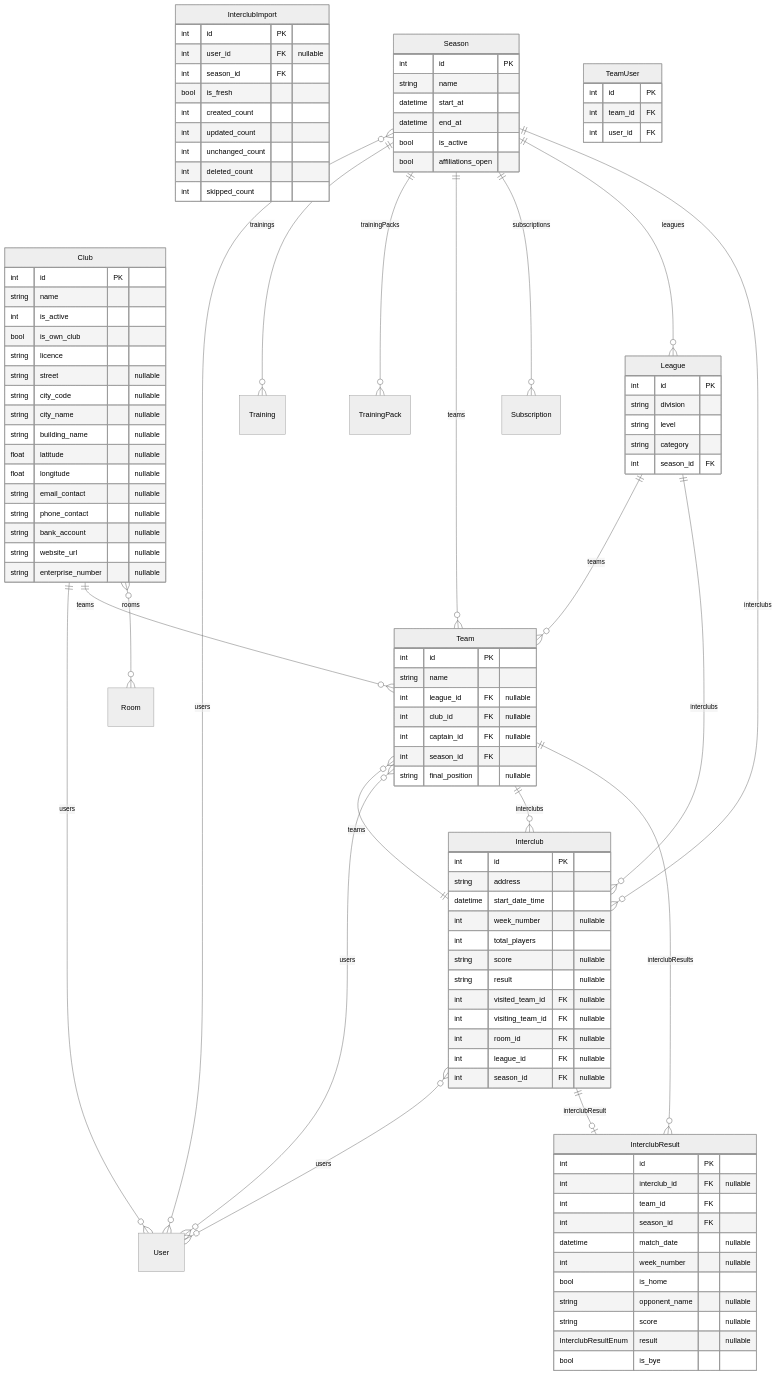
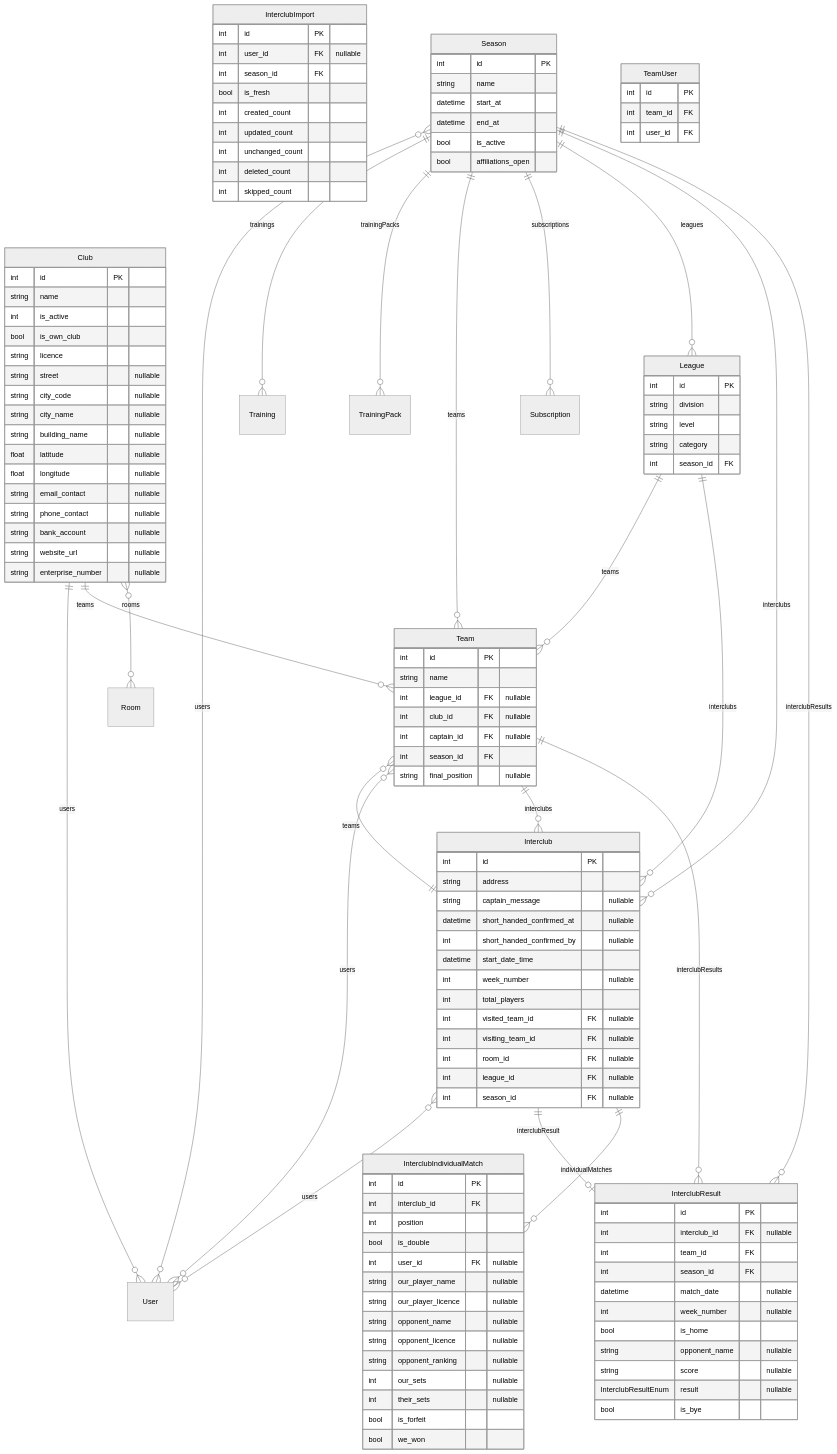
Before and after one commit to Paupoo/tabletennisclub-app: the diagram in docs/erd/competitions-interclub.md, drawn with Mermaid (neutral theme). The commit also changed 34 other files, not shown here.

First line of the commit message:
feat(interclubs): let a captain declare the team will play one player short

```diff
--- a/docs/erd/competitions-interclub.md
+++ b/docs/erd/competitions-interclub.md
@@ -23,11 +23,12 @@
     Interclub {
         int id PK
         string address
+        string captain_message "nullable"
+        datetime short_handed_confirmed_at "nullable"
+        int short_handed_confirmed_by "nullable"
         datetime start_date_time
         int week_number "nullable"
         int total_players
-        string score "nullable"
-        string result "nullable"
         int visited_team_id FK "nullable"
         int visiting_team_id FK "nullable"
         int room_id FK "nullable"
@@ -44,6 +45,22 @@
         int unchanged_count
         int deleted_count
         int skipped_count
+    }
+    InterclubIndividualMatch {
+        int id PK
+        int interclub_id FK
+        int position
+        bool is_double
+        int user_id FK "nullable"
+        string our_player_name "nullable"
+        string our_player_licence "nullable"
+        string opponent_name "nullable"
+        string opponent_licence "nullable"
+        string opponent_ranking "nullable"
+        int our_sets "nullable"
+        int their_sets "nullable"
+        bool is_forfeit
+        bool we_won
     }
     InterclubResult {
         int id PK
@@ -91,11 +108,13 @@
     Club }o--o{ Room : "rooms"
     Club ||--o{ Team : "teams"
     Club ||--o{ User : "users"
+    Interclub ||--o{ InterclubIndividualMatch : "individualMatches"
     Interclub ||--o| InterclubResult : "interclubResult"
     Interclub ||--o{ Team : "teams"
     Interclub }o--o{ User : "users"
     League ||--o{ Interclub : "interclubs"
     League ||--o{ Team : "teams"
+    Season ||--o{ InterclubResult : "interclubResults"
     Season ||--o{ Interclub : "interclubs"
     Season ||--o{ League : "leagues"
     Season ||--o{ Subscription : "subscriptions"
```
